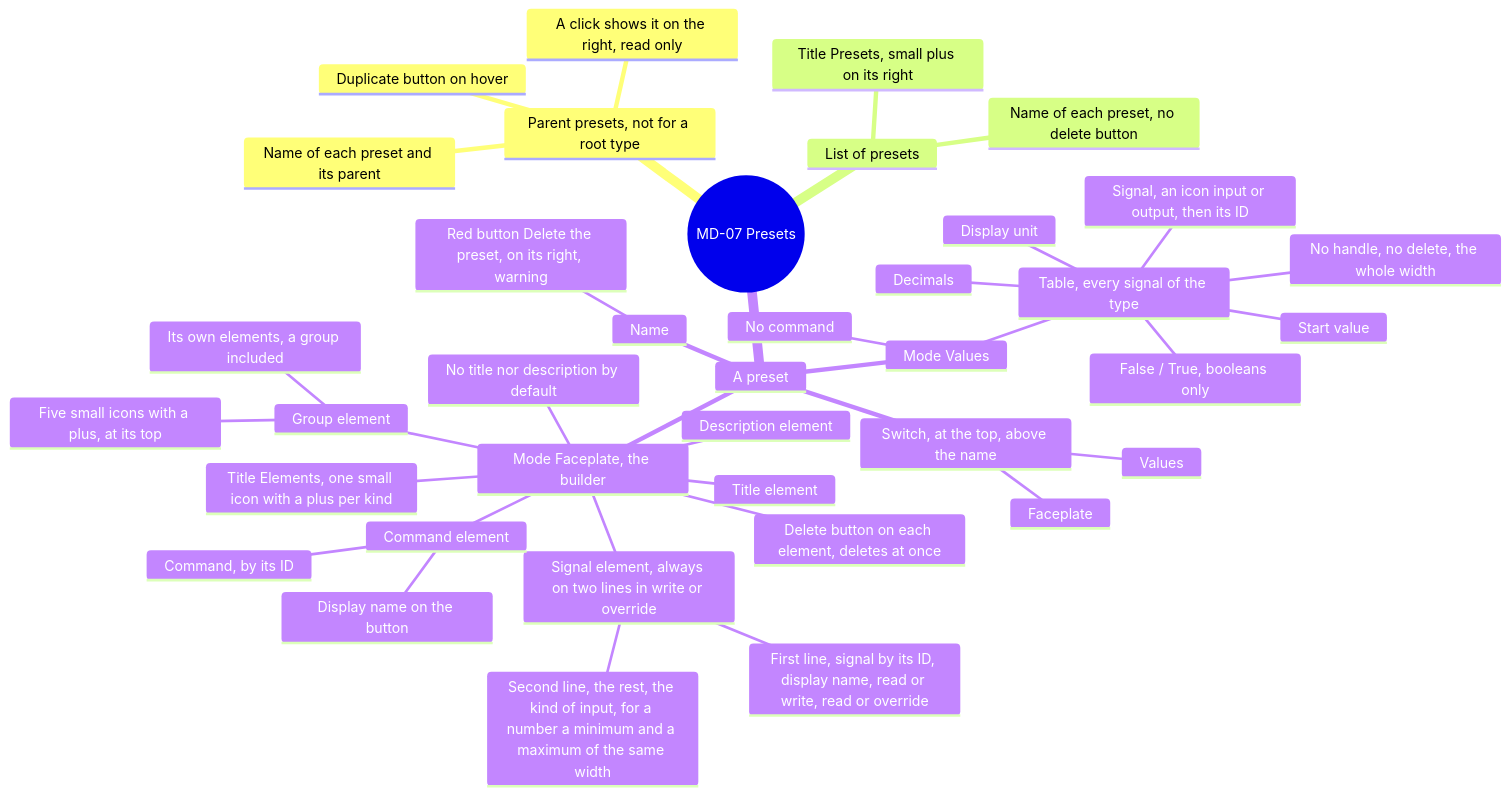
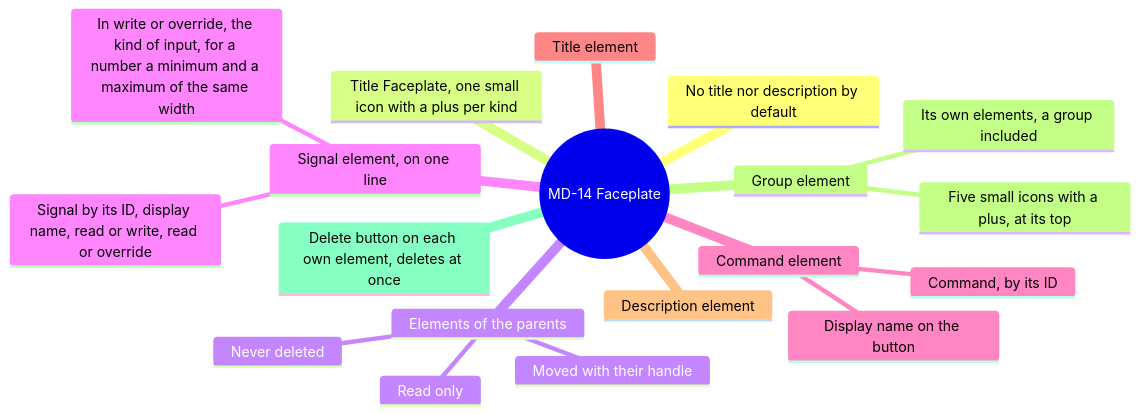
One commit to AlexandreGallais/synoptic-studio-spec changed diagram 13 of 17 in screens/metadata.md. Above: the diagram before and after it, drawn with Mermaid. The commit also changed other lines of this file and 81 other files, not shown here.

First line of the commit message:
docs(metadata): remove presets, add signal settings and faceplate parts

````diff
--- a/screens/metadata.md
+++ b/screens/metadata.md
@@ -370,41 +410,22 @@
 ```mermaid
 mindmap
-  root((MD-07 Presets))
-    Parent presets, not for a root type
-      Name of each preset and its parent
-      Duplicate button on hover
-      A click shows it on the right, read only
-    List of presets
-      Title Presets, small plus on its right
-      Name of each preset, no delete button
-    A preset
-      Switch, at the top, above the name
-        Values
-        Faceplate
-      Name
-        Red button Delete the preset, on its right, warning
-      Mode Values
-        Table, every signal of the type
-          No handle, no delete, the whole width
-          Signal, an icon input or output, then its ID
-          Display unit
-          Decimals
-          False / True, booleans only
-          Start value
-        No command
-      Mode Faceplate, the builder
-        No title nor description by default
-        Title Elements, one small icon with a plus per kind
-        Signal element, always on two lines in write or override
-          First line, signal by its ID, display name, read or write, read or override
-          Second line, the rest, the kind of input, for a number a minimum and a maximum of the same width
-        Command element
-          Command, by its ID
-          Display name on the button
-        Title element
-        Description element
-        Group element
-          Five small icons with a plus, at its top
-          Its own elements, a group included
-        Delete button on each element, deletes at once
+  root((MD-14 Faceplate))
+    No title nor description by default
+    Title Faceplate, one small icon with a plus per kind
+    Elements of the parents
+      Read only
+      Moved with their handle
+      Never deleted
+    Signal element, on one line
+      Signal by its ID, display name, read or write, read or override
+      In write or override, the kind of input, for a number a minimum and a maximum of the same width
+    Command element
+      Command, by its ID
+      Display name on the button
+    Title element
+    Description element
+    Group element
+      Five small icons with a plus, at its top
+      Its own elements, a group included
+    Delete button on each own element, deletes at once
 ```
````
